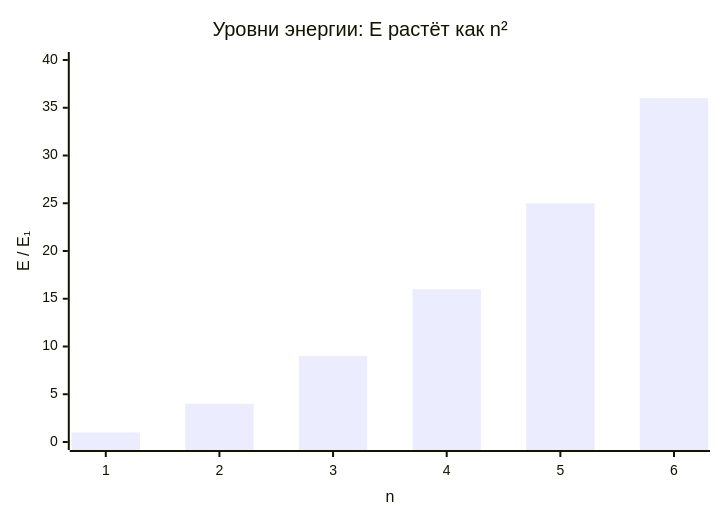
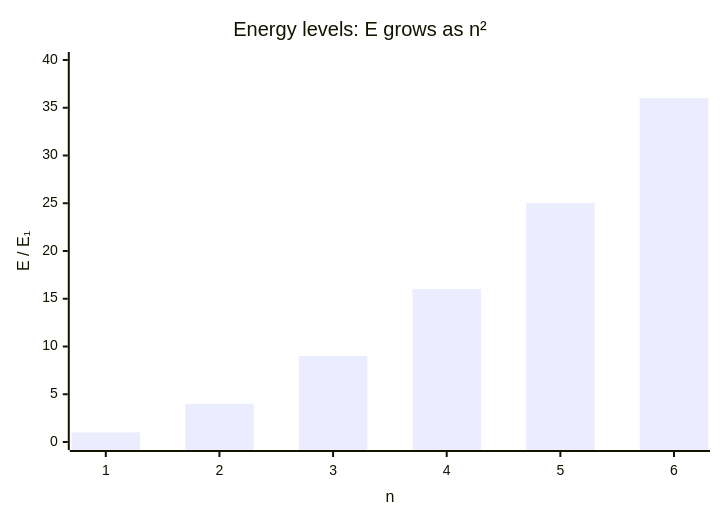
One commit to Kseen715/md2pdfX changed the second of 3 diagrams in examples/science.md. Above: the diagram before and after it, drawn with Mermaid. The commit also changed other lines of this file and 25 other files, not shown here.

````diff
--- a/examples/science.md
+++ b/examples/science.md
@@ -72,7 +72,7 @@
 ```mermaid
 xychart
-    title "Уровни энергии: E растёт как n²"
+    title "Energy levels: E grows as n²"
     x-axis "n" ["1", "2", "3", "4", "5", "6"]
     y-axis "E / E₁" 0 --> 40
     bar [1, 4, 9, 16, 25, 36]
 ```
````
